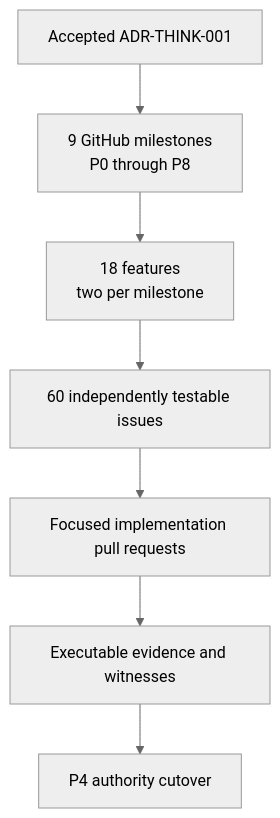
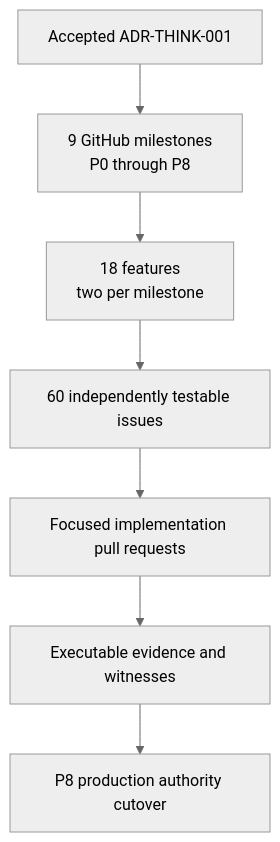
Before and after one commit to flyingrobots/think: the first of 37 diagrams in docs/design/ADR-THINK-001-delivery-plan.md, drawn with Mermaid (neutral theme). The commit also changed other lines of this file and 9 other files, not shown here.

````diff
--- a/docs/design/ADR-THINK-001-delivery-plan.md
+++ b/docs/design/ADR-THINK-001-delivery-plan.md
@@ -35,17 +35,17 @@
 ```mermaid
 flowchart TD
     ADR["Accepted ADR-THINK-001"]
     MS["9 GitHub milestones<br/>P0 through P8"]
     FT["18 features<br/>two per milestone"]
     IS["60 independently testable issues"]
     PR["Focused implementation pull requests"]
     EV["Executable evidence and witnesses"]
-    CUT["P4 authority cutover"]
+    CUT["P8 production authority cutover"]
 
     ADR --> MS
     MS --> FT
     FT --> IS
     IS --> PR
     PR --> EV
     EV --> CUT
 ```
````
